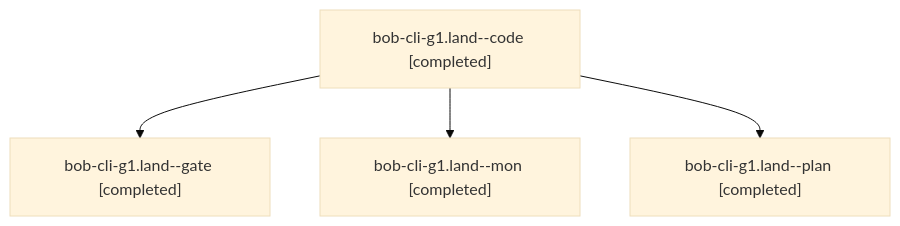
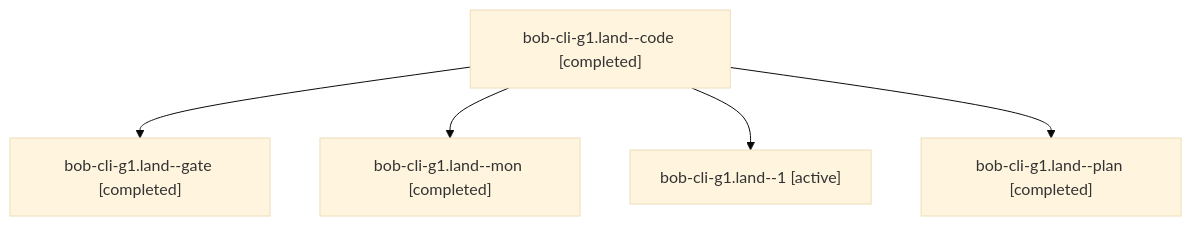
The diagram in sessions/bbugyi200.athena.bob-cli-g1.land.md (bobs-org/bob-cli--agents), drawn with Mermaid (base theme) before and after one commit. The commit also changed other lines of this file and 25 other files, not shown here.

````diff
--- a/sessions/bbugyi200.athena.bob-cli-g1.land.md
+++ b/sessions/bbugyi200.athena.bob-cli-g1.land.md
@@ -9,10 +9,12 @@
 ```mermaid
 flowchart TD
   n0["bob-cli-g1.land--code [completed]"]
   n1["bob-cli-g1.land--gate [completed]"]
   n0 --> n1
   n2["bob-cli-g1.land--mon [completed]"]
   n0 --> n2
-  n3["bob-cli-g1.land--plan [completed]"]
+  n3["bob-cli-g1.land--1 [active]"]
   n0 --> n3
+  n4["bob-cli-g1.land--plan [completed]"]
+  n0 --> n4
 ```
````
